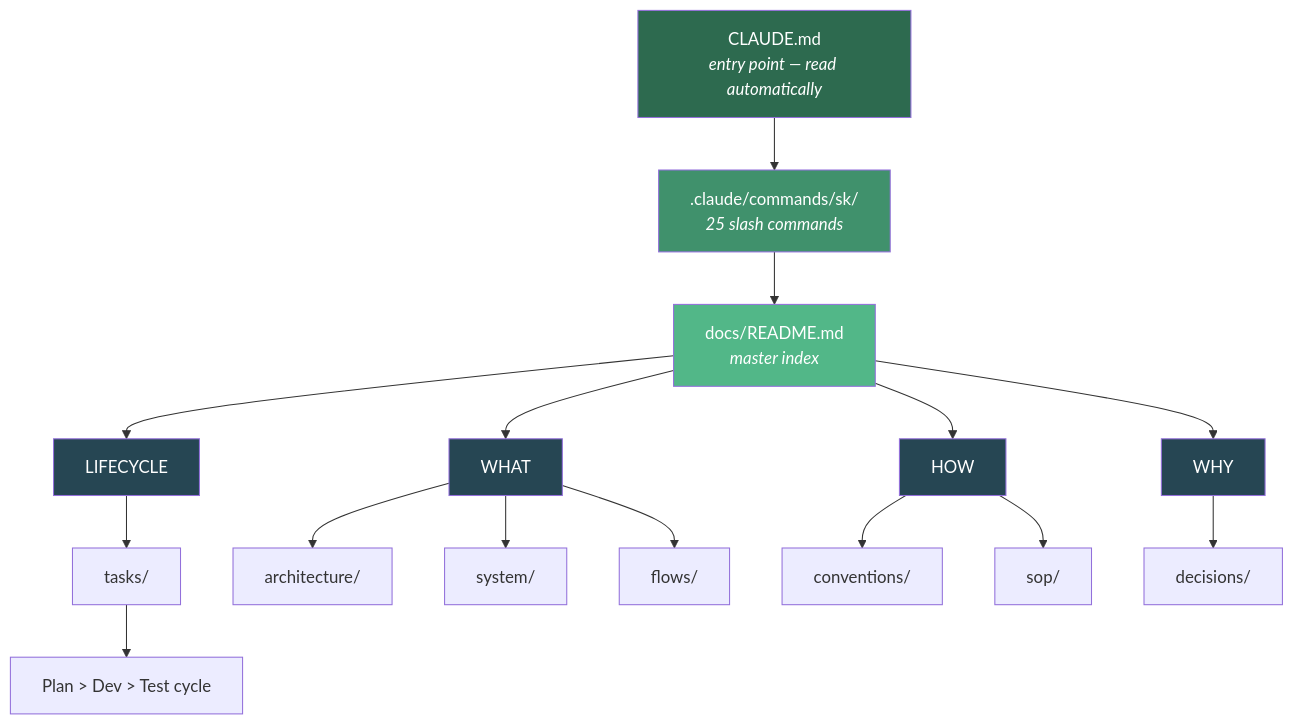
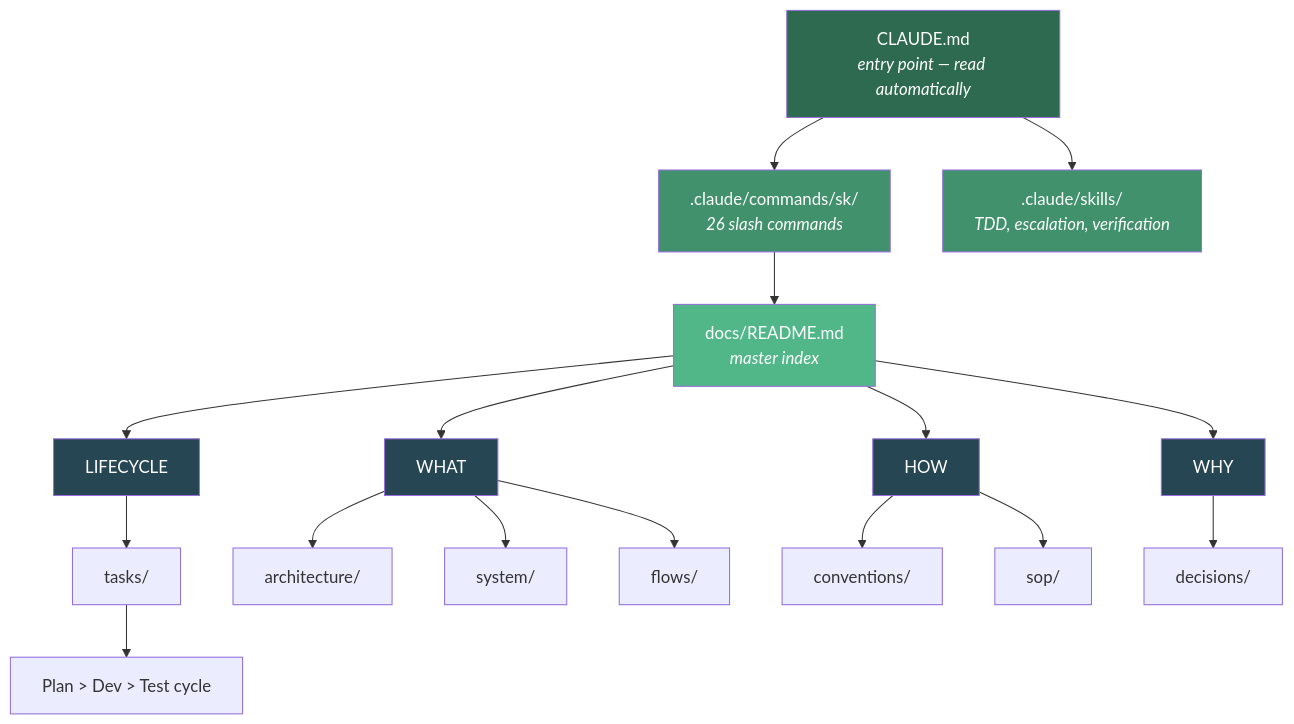
The first of 5 diagrams in Readme.md (moniav/sk), drawn with Mermaid before and after one commit. The commit also changed other lines of this file, not shown here.

First line of the commit message:
docs: update README for pkg/ separation, new features, and update flow

````diff
--- a/Readme.md
+++ b/Readme.md
@@ -14,30 +32,32 @@
 ```mermaid
 graph TD
-    A["CLAUDE.md<br/><i>entry point — read automatically</i>"] --> B[".claude/commands/sk/<br/><i>25 slash commands</i>"]
+    A["CLAUDE.md<br/><i>entry point — read automatically</i>"] --> B[".claude/commands/sk/<br/><i>26 slash commands</i>"]
+    A --> B2[".claude/skills/<br/><i>TDD, escalation, verification</i>"]
     B --> C["docs/README.md<br/><i>master index</i>"]
 
     C --> D["LIFECYCLE"]
     C --> E["WHAT"]
     C --> F["WHY"]
     C --> G["HOW"]
 
     D --> D1["tasks/"]
     D1 --> D2["Plan > Dev > Test cycle"]
 
     E --> E1["architecture/"]
     E --> E2["system/"]
     E --> E3["flows/"]
 
     G --> G1["conventions/"]
     G --> G2["sop/"]
 
     F --> F1["decisions/"]
 
     style A fill:#2d6a4f,color:#fff
     style B fill:#40916c,color:#fff
+    style B2 fill:#40916c,color:#fff
     style C fill:#52b788,color:#fff
     style D fill:#264653,color:#fff
     style E fill:#264653,color:#fff
     style F fill:#264653,color:#fff
     style G fill:#264653,color:#fff
 ```
````
